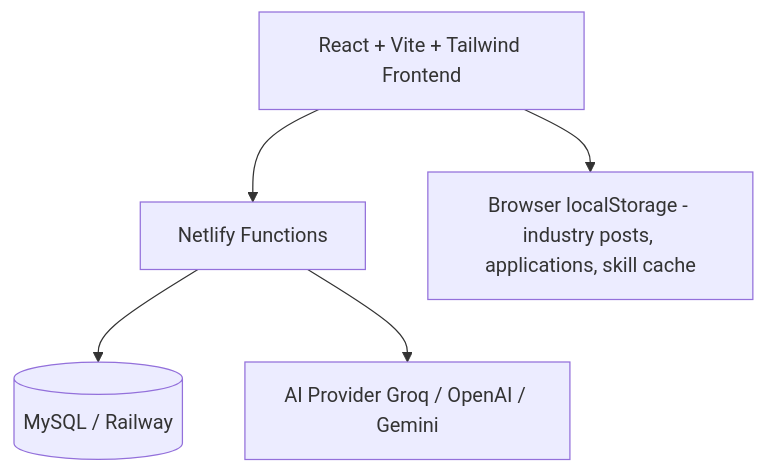
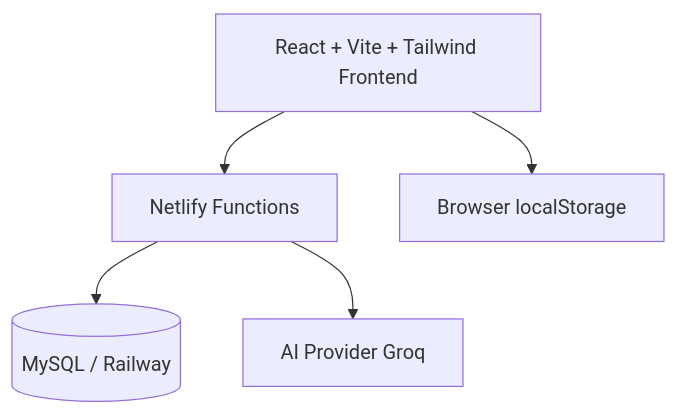
The second of 2 diagrams in README.md (Deepesh-22/eduroute), drawn with Mermaid before and after one commit. The commit also changed other lines of this file, not shown here.

````diff
--- a/README.md
+++ b/README.md
@@ -201,13 +132,13 @@
 ```mermaid
 flowchart TB
   UI[React + Vite + Tailwind Frontend]
   NF[Netlify Functions]
   DB[(MySQL / Railway)]
-  AI[AI Provider Groq / OpenAI / Gemini]
-  LS[Browser localStorage - industry posts, applications, skill cache]
+  AI[AI Provider Groq]
+  LS[Browser localStorage]
 
   UI --> NF
   UI --> LS
   NF --> DB
   NF --> AI
 ```
````
